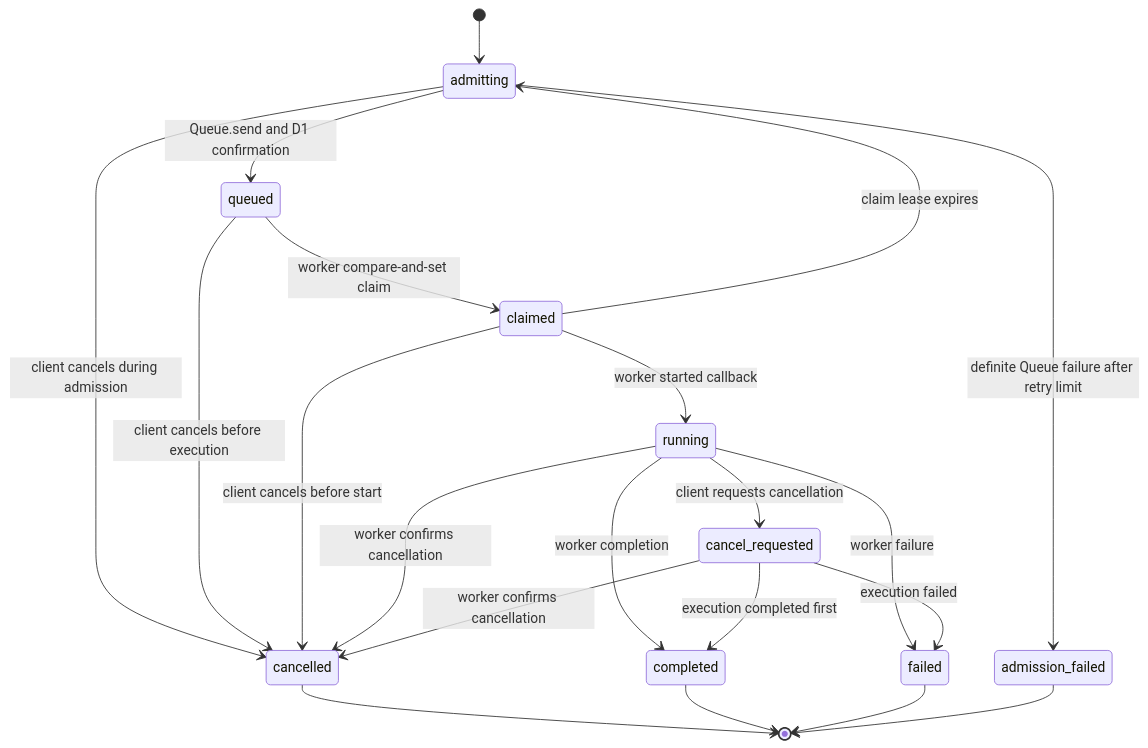
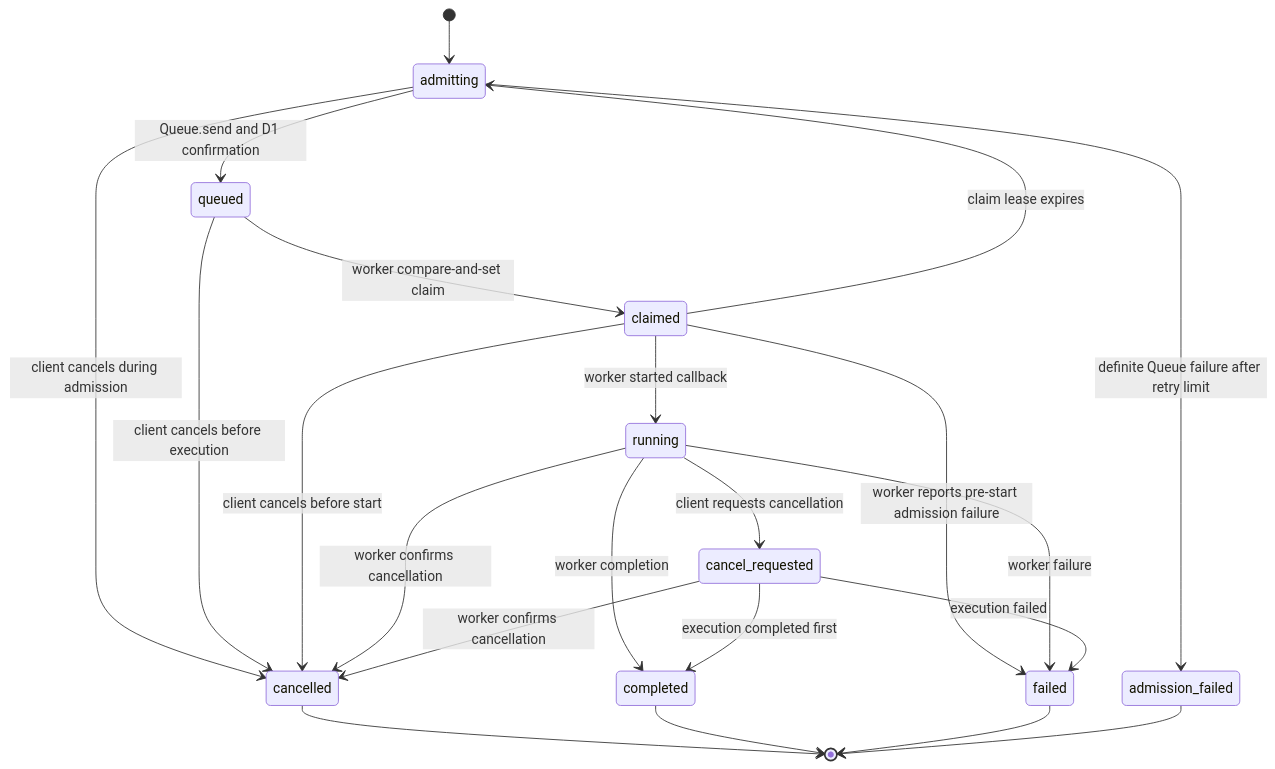
One commit to CyanAutomation/soyuz changed the second of 2 diagrams in docs/ARCHITECTURE.md. Above: the diagram before and after it, drawn with Mermaid. The commit also changed other lines of this file and 12 other files, not shown here.

````diff
--- a/docs/ARCHITECTURE.md
+++ b/docs/ARCHITECTURE.md
@@ -33,23 +33,24 @@
 ```mermaid
 stateDiagram-v2
     [*] --> admitting
     admitting --> queued: Queue.send and D1 confirmation
     admitting --> admission_failed: definite Queue failure after retry limit
     admitting --> cancelled: client cancels during admission
     queued --> claimed: worker compare-and-set claim
     queued --> cancelled: client cancels before execution
     claimed --> running: worker started callback
+    claimed --> failed: worker reports pre-start admission failure
     claimed --> admitting: claim lease expires
     claimed --> cancelled: client cancels before start
     running --> cancel_requested: client requests cancellation
     running --> completed: worker completion
     running --> failed: worker failure
     running --> cancelled: worker confirms cancellation
     cancel_requested --> completed: execution completed first
     cancel_requested --> failed: execution failed
     cancel_requested --> cancelled: worker confirms cancellation
     cancelled --> [*]
     completed --> [*]
     failed --> [*]
     admission_failed --> [*]
 ```
````
